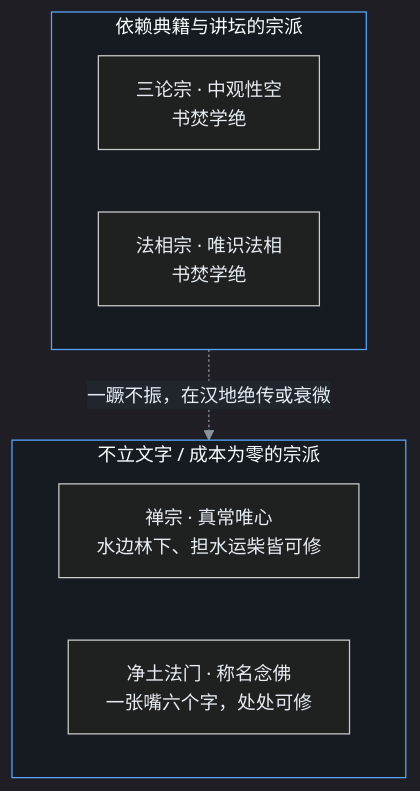
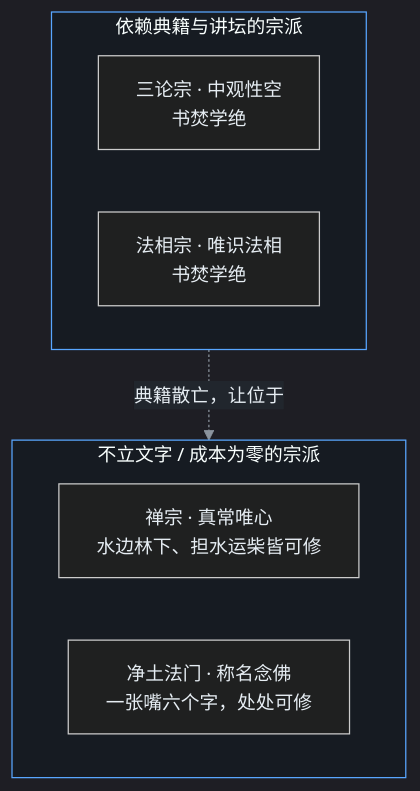
Before and after one commit to yeyangchen2009/draft-review: the second of 2 diagrams in drafts/中系/中23-韩愈辟佛庶民佛教与会昌法难.md, drawn with Mermaid. The commit also changed other lines of this file and 1 other file, not shown here.

````diff
--- a/drafts/中系/中23-韩愈辟佛庶民佛教与会昌法难.md
+++ b/drafts/中系/中23-韩愈辟佛庶民佛教与会昌法难.md
@@ -231,13 +231,13 @@
 ```mermaid
-%%{init: {'phase':0,'theme':'dark','themeVariables':{'background':'#0d1117','primaryColor':'#1f6feb','primaryTextColor':'#ffffff','primaryBorderColor':'#79c0ff','secondaryColor':'#21262d','tertiaryColor':'#30363d','lineColor':'#8b949e','textColor':'#e6edf3','clusterBkg':'#161b22','clusterBorder':'#58a6ff','edgeLabelBackground':'#21262d','fontSize':'15px'}}}%%
+%%{init: {'theme':'dark','themeVariables':{'background':'#0d1117','primaryColor':'#1f6feb','primaryTextColor':'#ffffff','primaryBorderColor':'#79c0ff','secondaryColor':'#21262d','tertiaryColor':'#30363d','lineColor':'#8b949e','textColor':'#e6edf3','clusterBkg':'#161b22','clusterBorder':'#58a6ff','edgeLabelBackground':'#21262d','fontSize':'15px'}}}%%
 flowchart TD
     subgraph DEP["依赖典籍与讲坛的宗派"]
         S["三论宗 · 中观性空<br/>书焚学绝"]
         F["法相宗 · 唯识法相<br/>书焚学绝"]
     end
     subgraph LIVE["不立文字 / 成本为零的宗派"]
         C["禅宗 · 真常唯心<br/>水边林下、担水运柴皆可修"]
         J["净土法门 · 称名念佛<br/>一张嘴六个字，处处可修"]
     end
-    DEP -. "一蹶不振，在汉地绝传或衰微" .-> LIVE
+    DEP -. "典籍散亡，让位于" .-> LIVE
 ```
````
